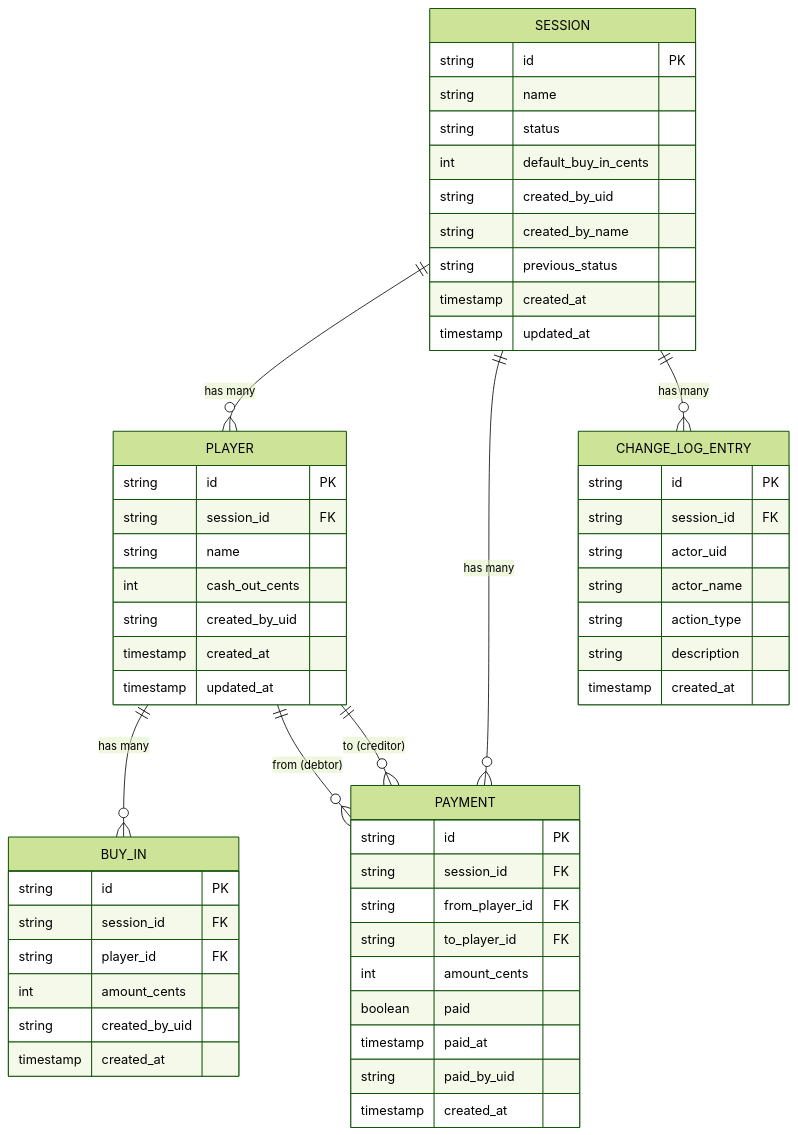
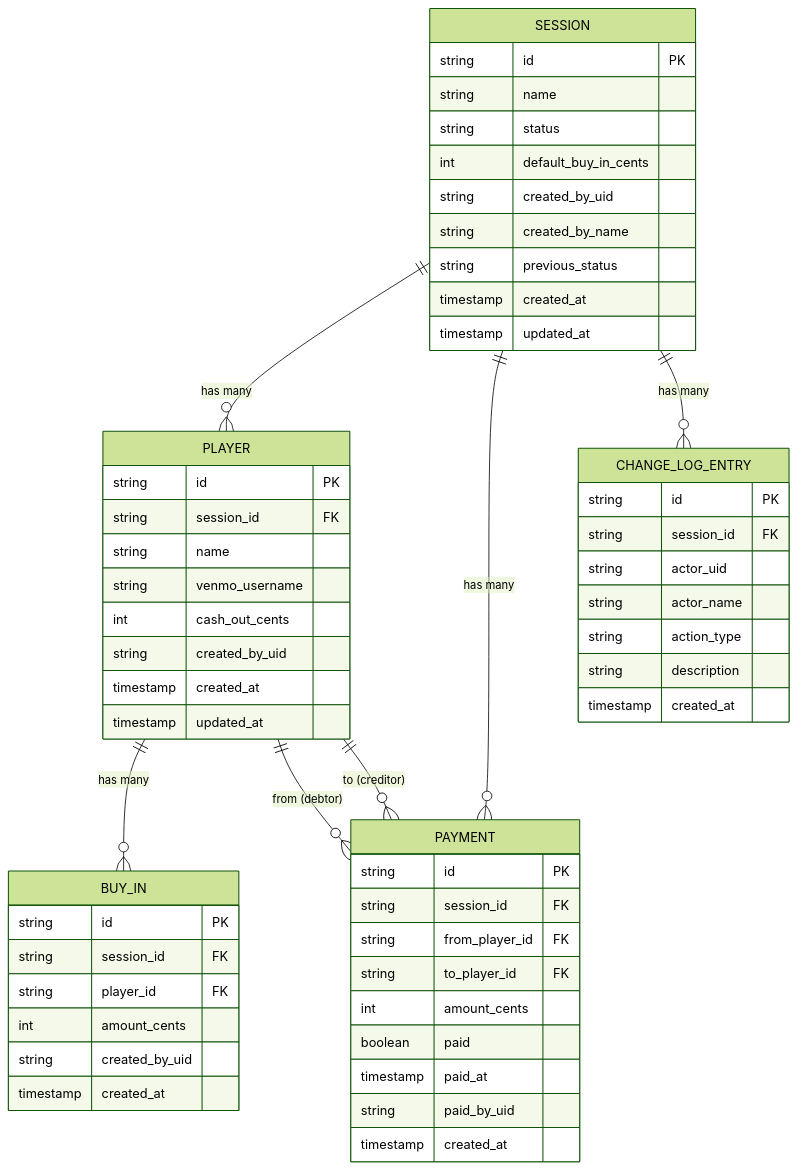
The diagram in docs/02-domain-model.md (michikono/poker-ledger), drawn with Mermaid (forest theme) before and after one commit. The commit also changed other lines of this file and 18 other files, not shown here.

````diff
--- a/docs/02-domain-model.md
+++ b/docs/02-domain-model.md
@@ -155,58 +157,59 @@
 ```mermaid
 erDiagram
     SESSION {
         string id PK
         string name
         string status
         int default_buy_in_cents
         string created_by_uid
         string created_by_name
         string previous_status
         timestamp created_at
         timestamp updated_at
     }
     PLAYER {
         string id PK
         string session_id FK
         string name
+        string venmo_username
         int cash_out_cents
         string created_by_uid
         timestamp created_at
         timestamp updated_at
     }
     BUY_IN {
         string id PK
         string session_id FK
         string player_id FK
         int amount_cents
         string created_by_uid
         timestamp created_at
     }
     PAYMENT {
         string id PK
         string session_id FK
         string from_player_id FK
         string to_player_id FK
         int amount_cents
         boolean paid
         timestamp paid_at
         string paid_by_uid
         timestamp created_at
     }
     CHANGE_LOG_ENTRY {
         string id PK
         string session_id FK
         string actor_uid
         string actor_name
         string action_type
         string description
         timestamp created_at
     }
 
     SESSION ||--o{ PLAYER : "has many"
     SESSION ||--o{ PAYMENT : "has many"
     SESSION ||--o{ CHANGE_LOG_ENTRY : "has many"
     PLAYER ||--o{ BUY_IN : "has many"
     PLAYER ||--o{ PAYMENT : "from (debtor)"
     PLAYER ||--o{ PAYMENT : "to (creditor)"
 ```
````
